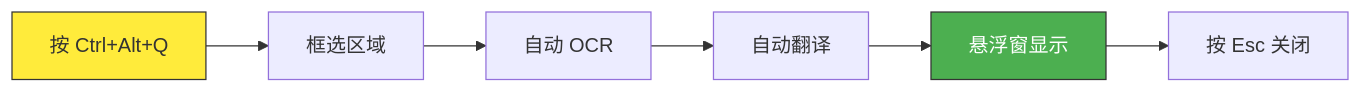
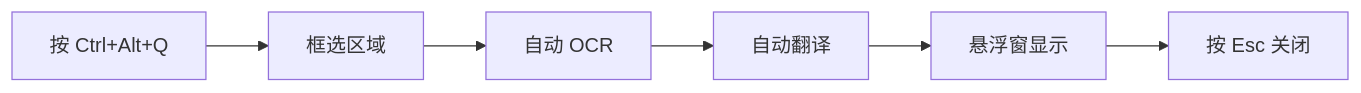
Before and after one commit to GTJasonMK/RSTA: the sixth of 13 diagrams in README.md, drawn with Mermaid. The commit also changed other lines of this file, not shown here.

Commit message:
修改README图表显示bug

````diff
--- a/README.md
+++ b/README.md
@@ -202,11 +194,8 @@
 ```mermaid
 graph LR
-    A["按 Ctrl+Alt+Q"] --> B["框选区域"]
-    B --> C["自动 OCR"]
-    C --> D["自动翻译"]
-    D --> E["悬浮窗显示"]
-    E --> F["按 Esc 关闭"]
-
-    style A fill:#ffeb3b,stroke:#333
-    style E fill:#4caf50,stroke:#333,color:#fff
+    A[按 Ctrl+Alt+Q] --> B[框选区域]
+    B --> C[自动 OCR]
+    C --> D[自动翻译]
+    D --> E[悬浮窗显示]
+    E --> F[按 Esc 关闭]
 ```
````
